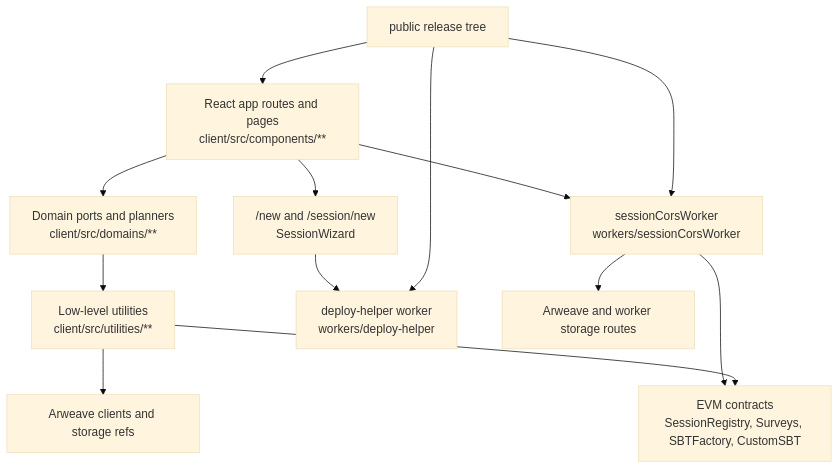
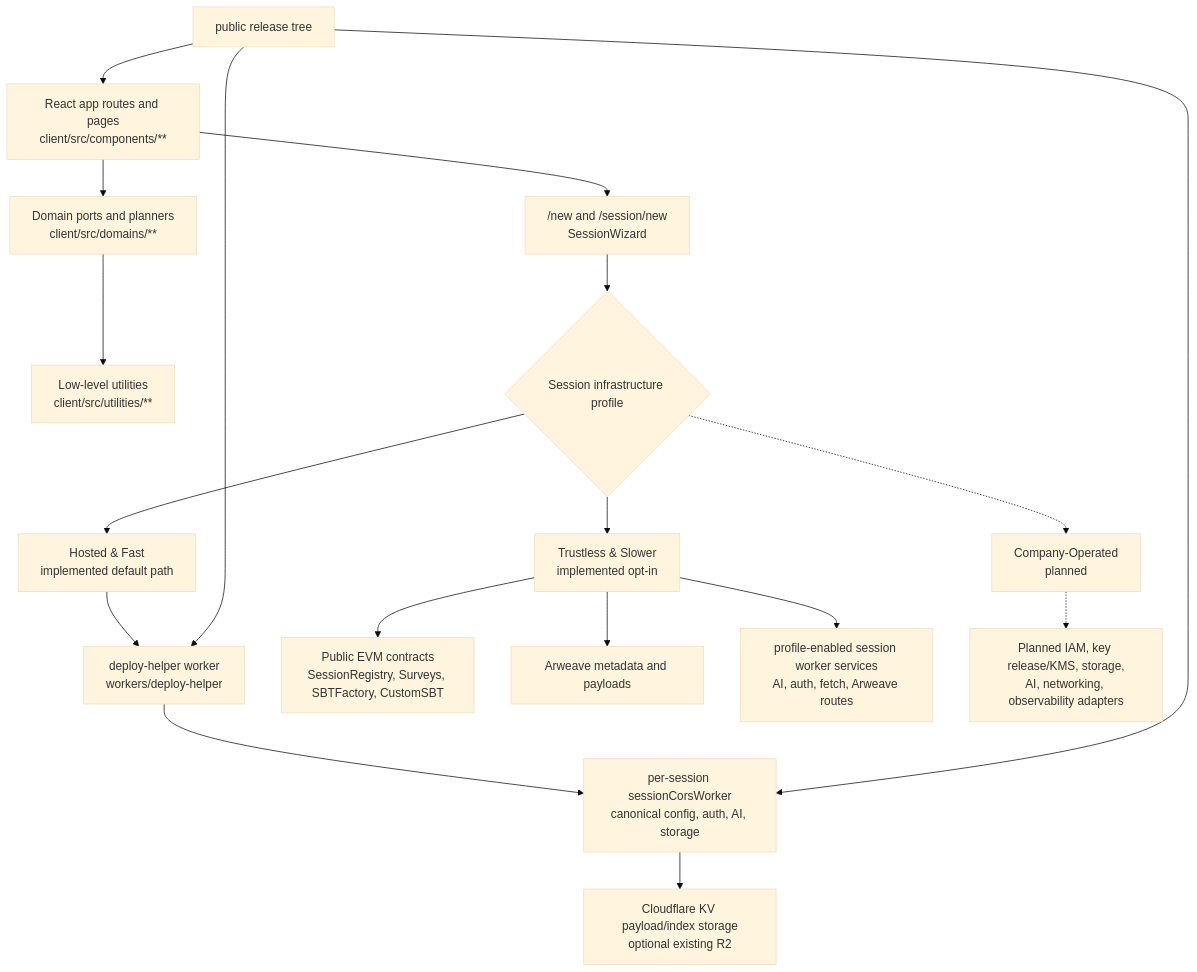
Before and after one commit to AgalmicSoftware/context-engine: the diagram in docs/architecture-overview.md, drawn with Mermaid (base theme). The commit also changed other lines of this file and 3 other files, not shown here.

Commit message:
docs: align deployment profile architecture

````diff
--- a/docs/architecture-overview.md
+++ b/docs/architecture-overview.md
@@ -24,15 +24,20 @@
 ```mermaid
 flowchart TD
   Browser["React app routes and pages<br/>client/src/components/**"] --> Domains["Domain ports and planners<br/>client/src/domains/**"]
   Domains --> Utilities["Low-level utilities<br/>client/src/utilities/**"]
   Browser --> Wizard["/new and /session/new<br/>SessionWizard"]
-  Wizard --> DeployHelper["deploy-helper worker<br/>workers/deploy-helper"]
-  Browser --> SessionWorker["sessionCorsWorker<br/>workers/sessionCorsWorker"]
-  SessionWorker --> Storage["Arweave and worker storage routes"]
-  SessionWorker --> Contracts["EVM contracts<br/>SessionRegistry, Surveys, SBTFactory, CustomSBT"]
-  Utilities --> Contracts
-  Utilities --> Arweave["Arweave clients and storage refs"]
+  Wizard --> ProfileChoice{"Session infrastructure profile"}
+  ProfileChoice --> Hosted["Hosted & Fast<br/>implemented default path"]
+  ProfileChoice --> Trustless["Trustless & Slower<br/>implemented opt-in"]
+  ProfileChoice -.-> Company["Company-Operated<br/>planned"]
+  Hosted --> DeployHelper["deploy-helper worker<br/>workers/deploy-helper"]
+  DeployHelper --> HostedWorker["per-session sessionCorsWorker<br/>canonical config, auth, AI, storage"]
+  HostedWorker --> CloudflareStorage["Cloudflare KV payload/index storage<br/>optional existing R2"]
+  Trustless --> Contracts["Public EVM contracts<br/>SessionRegistry, Surveys, SBTFactory, CustomSBT"]
+  Trustless --> Arweave["Arweave metadata and payloads"]
+  Trustless --> WorkerServices["profile-enabled session worker services<br/>AI, auth, fetch, Arweave routes"]
+  Company -.-> OrgAdapters["Planned IAM, key release/KMS, storage,<br/>AI, networking, observability adapters"]
   PublicRelease["public release tree"] --> Browser
-  PublicRelease --> SessionWorker
+  PublicRelease --> HostedWorker
   PublicRelease --> DeployHelper
 ```
````
